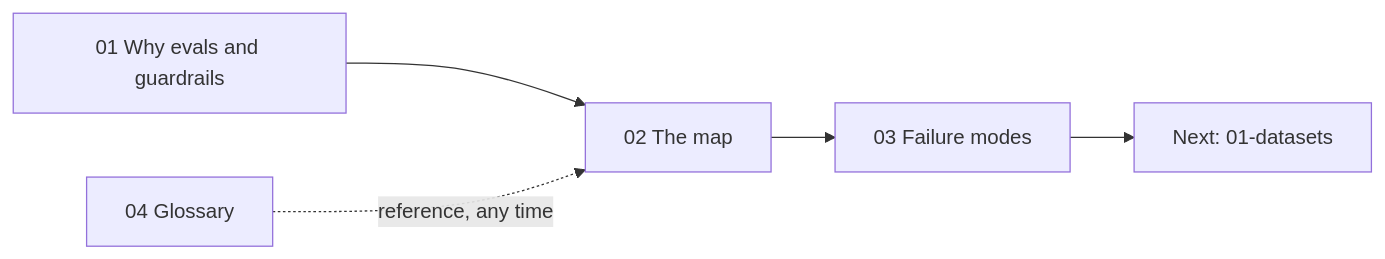
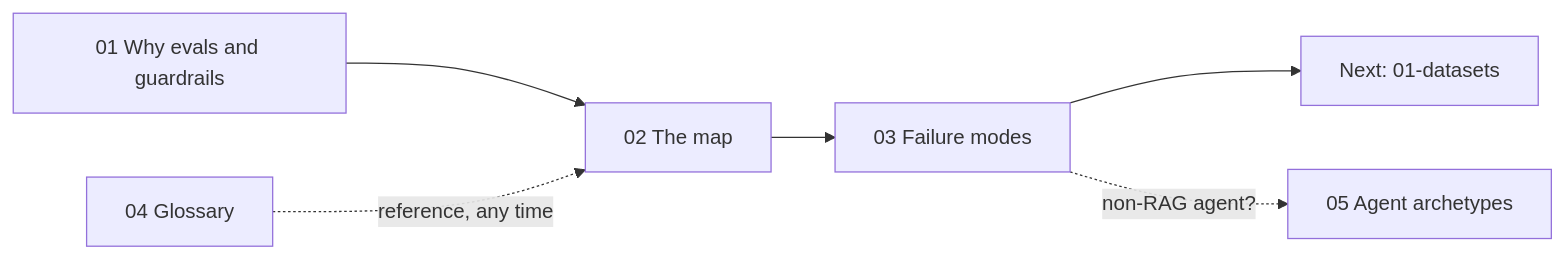
Before and after one commit to Sarangk90/awesome-agent-evals-and-guardrails: the diagram in research/00-foundations/README.md, drawn with Mermaid. The commit also changed other lines of this file and 18 other files, not shown here.

````diff
--- a/research/00-foundations/README.md
+++ b/research/00-foundations/README.md
@@ -26,7 +27,8 @@
 ```mermaid
 flowchart LR
     A["01 Why evals and guardrails"] --> B["02 The map"]
     B --> C["03 Failure modes"]
     C --> D["Next: 01-datasets"]
     G["04 Glossary"] -.->|"reference, any time"| B
+    C -.->|"non-RAG agent?"| H["05 Agent archetypes"]
 ```
````
